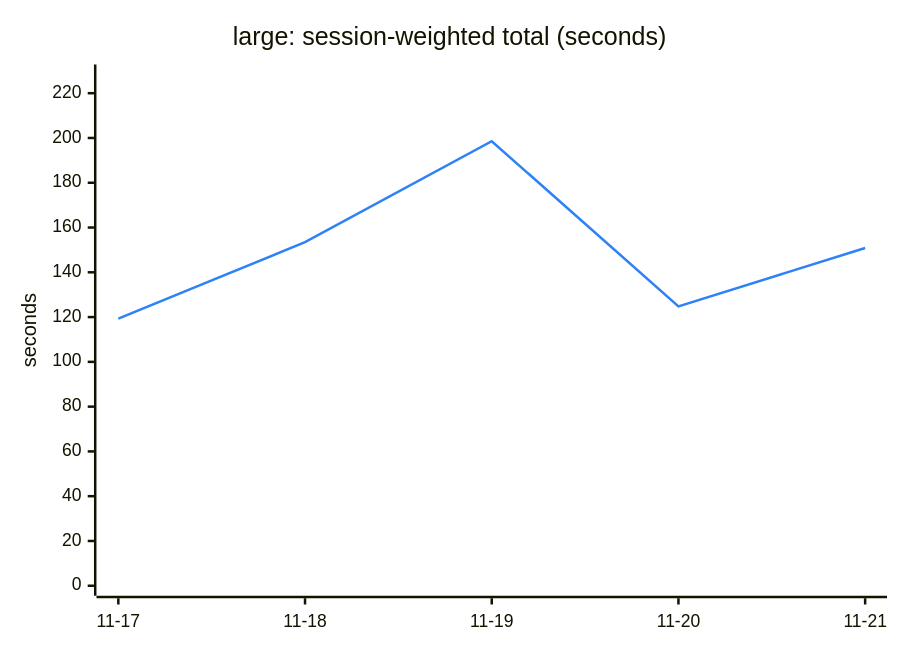
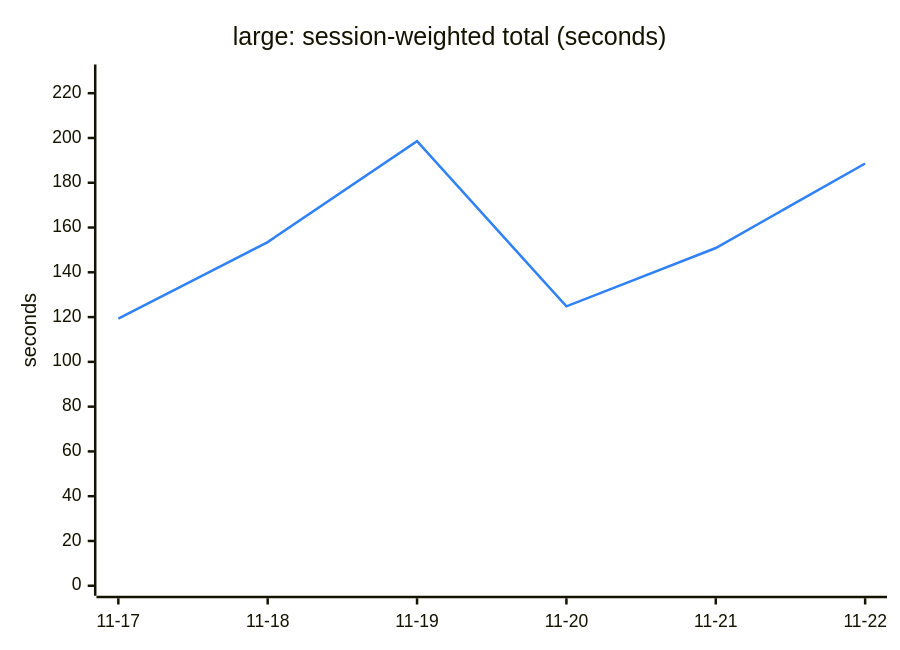
One commit to Ricovl/mxcli changed the second of 6 diagrams in TREND.md. Above: the diagram before and after it, drawn with Mermaid. The commit also changed other lines of this file and 2 other files, not shown here.

````diff
--- a/TREND.md
+++ b/TREND.md
@@ -48,13 +48,13 @@
 ```mermaid
 ---
 config:
   themeVariables:
     xyChart:
       plotColorPalette: "#2f81f7"
 ---
 xychart-beta
     title "large: session-weighted total (seconds)"
-    x-axis ["11-17", "11-18", "11-19", "11-20", "11-21"]
+    x-axis ["11-17", "11-18", "11-19", "11-20", "11-21", "11-22"]
     y-axis "seconds" 0 --> 228.35
-    line [119.28, 153.48, 198.56, 124.78, 150.84]
+    line [119.28, 153.48, 198.56, 124.78, 150.84, 188.60]
 ```
````
